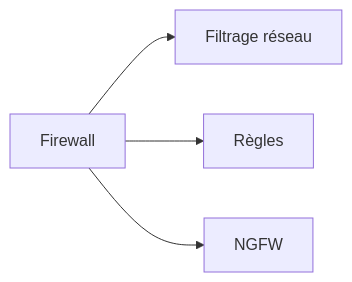
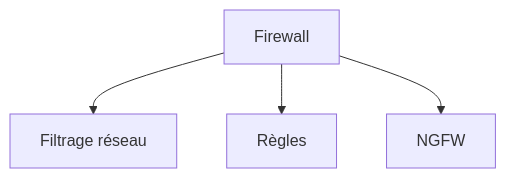
Before and after one commit to zyrass/omnydocs: diagram 15 of 42 in docs/glossaire/cybersecurite.md, drawn with Mermaid. The commit also changed other lines of this file and 1780 other files, not shown here.

````diff
--- a/docs/glossaire/cybersecurite.md
+++ b/docs/glossaire/cybersecurite.md
@@ -311,6 +373,6 @@
-    ```mermaid
-    graph LR
-        A[Firewall] --> B[Filtrage réseau]
-        A --> C[Règles]
-        A --> D[NGFW]
-    ```
+```mermaid
+graph TB
+    A[Firewall] --> B[Filtrage réseau]
+    A --> C[Règles]
+    A --> D[NGFW]
+```
````
